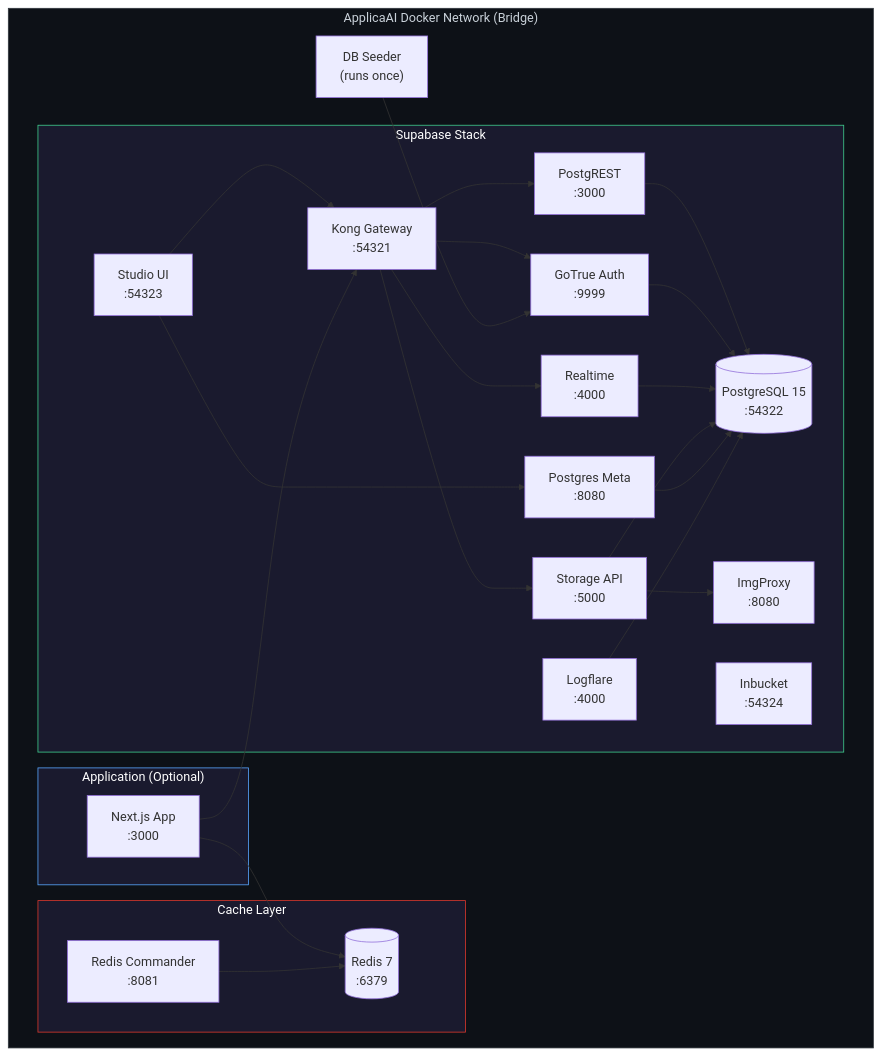
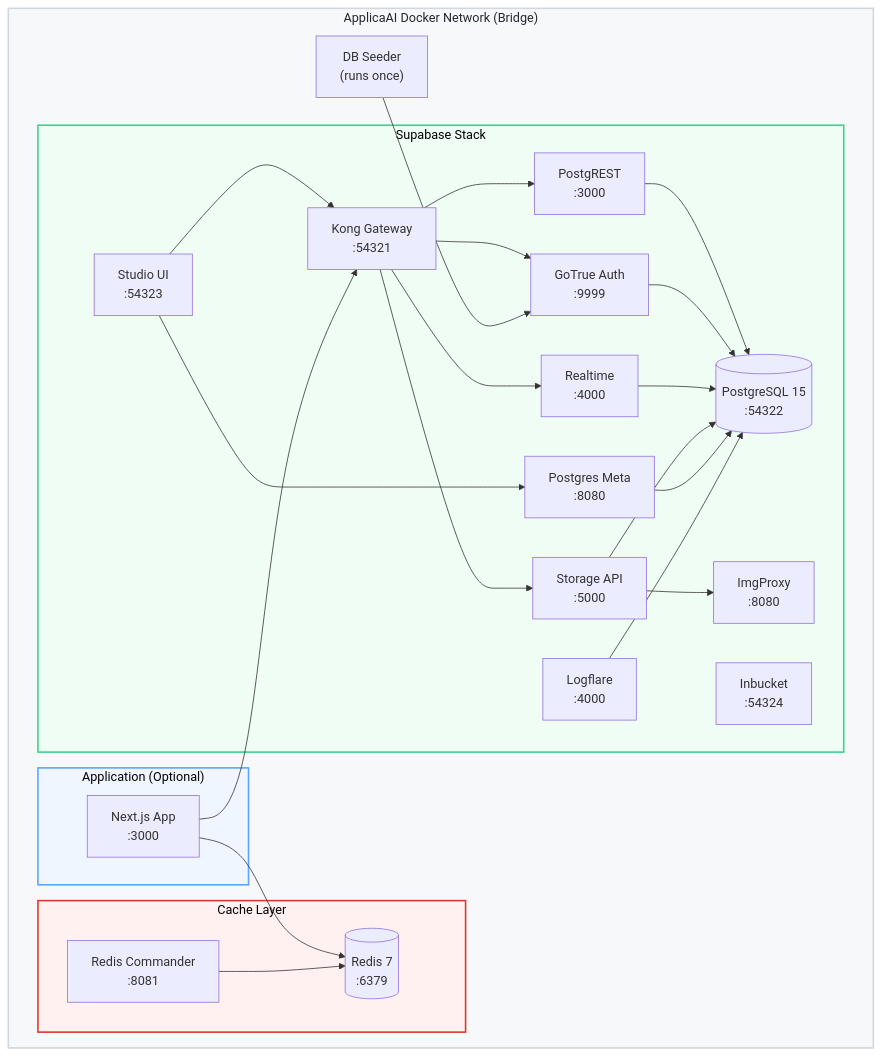
One commit to johnnietse/AI-Powered_Professional_Job_Application_Assistant changed the eighth of 10 diagrams in README.md. Above: the diagram before and after it, drawn with Mermaid. The commit also changed other lines of this file and 35 other files, not shown here.

Commit message:
docs: update architecture diagrams for light mode

````diff
--- a/README.md
+++ b/README.md
@@ -754,52 +754,52 @@
 ```mermaid
 graph TB
     subgraph DockerNetwork["ApplicaAI Docker Network (Bridge)"]
         subgraph SupabaseStack["Supabase Stack"]
             DB[("PostgreSQL 15<br/>:54322")]
             Auth["GoTrue Auth<br/>:9999"]
             REST["PostgREST<br/>:3000"]
             Realtime["Realtime<br/>:4000"]
             Storage["Storage API<br/>:5000"]
             ImgProxy["ImgProxy<br/>:8080"]
             Meta["Postgres Meta<br/>:8080"]
             Kong["Kong Gateway<br/>:54321"]
             Studio["Studio UI<br/>:54323"]
             Analytics["Logflare<br/>:4000"]
             Inbucket["Inbucket<br/>:54324"]
         end
 
         subgraph CacheLayer["Cache Layer"]
             Redis[("Redis 7<br/>:6379")]
             RedisCmd["Redis Commander<br/>:8081"]
         end
 
         subgraph AppLayer["Application (Optional)"]
             App["Next.js App<br/>:3000"]
         end
 
         Seeder["DB Seeder<br/>(runs once)"]
     end
 
     Kong --> Auth
     Kong --> REST
     Kong --> Realtime
     Kong --> Storage
     REST --> DB
     Auth --> DB
     Realtime --> DB
     Storage --> DB
     Storage --> ImgProxy
     Studio --> Kong
     Studio --> Meta
     Meta --> DB
     Analytics --> DB
     App --> Kong
     App --> Redis
     Seeder --> Auth
     RedisCmd --> Redis
 
-    style DockerNetwork fill:#0d1117,stroke:#30363d,color:#c9d1d9
-    style SupabaseStack fill:#1a1a2e,stroke:#3FCF8E,color:#fff
-    style CacheLayer fill:#1a1a2e,stroke:#DC382D,color:#fff
-    style AppLayer fill:#1a1a2e,stroke:#58a6ff,color:#fff
+    style DockerNetwork fill:#f6f8fa,stroke:#d0d7de,stroke-width:2px,color:#24292f
+    style SupabaseStack fill:#f0fdf4,stroke:#3FCF8E,stroke-width:2px,color:#000
+    style CacheLayer fill:#fff1f0,stroke:#DC382D,stroke-width:2px,color:#000
+    style AppLayer fill:#f0f6ff,stroke:#58a6ff,stroke-width:2px,color:#000
 ```
````
